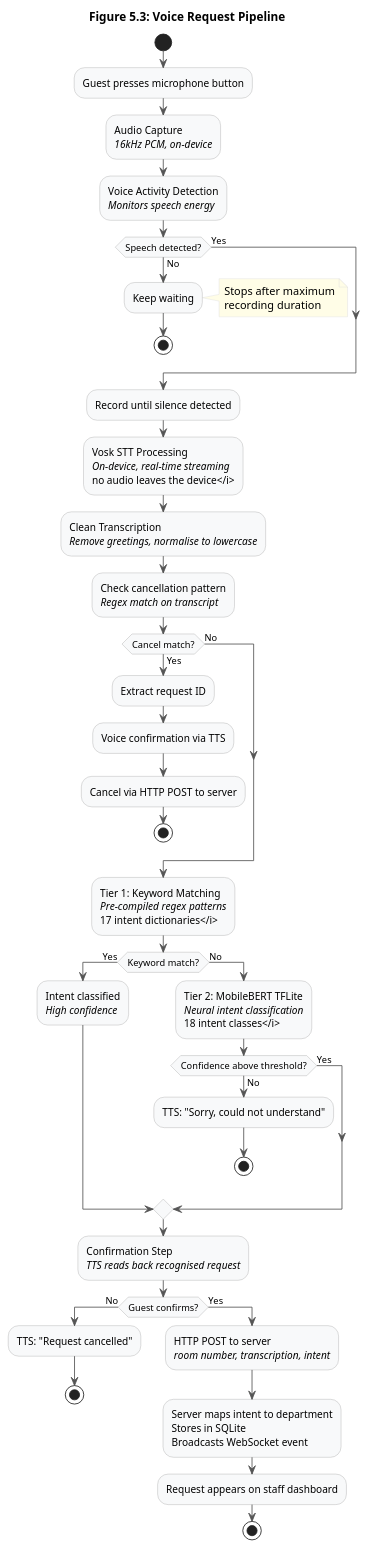
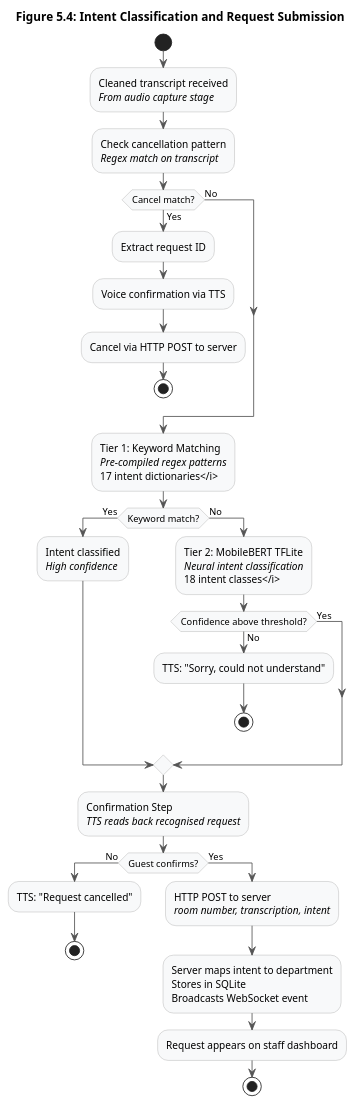
One commit to mdpw/msc-research changed the second of 3 diagrams in documents/chapters/CHAPTER_5_ANALYSIS.md. Above: the diagram before and after it, drawn with PlantUML. The commit also changed other lines of this file and 5 other files, not shown here.

````diff
--- a/documents/chapters/CHAPTER_5_ANALYSIS.md
+++ b/documents/chapters/CHAPTER_5_ANALYSIS.md
@@ -89,71 +142,54 @@
 ```plantuml
 @startuml
 skinparam backgroundColor #FFFFFF
 skinparam activityBackgroundColor #F8F9FA
 skinparam activityBorderColor #AAAAAA
 skinparam arrowColor #555555
 skinparam diamondBackgroundColor #FFF9E6
 skinparam diamondBorderColor #AAAAAA
 skinparam noteBackgroundColor #FFFDE7
 skinparam noteBorderColor #DDDDDD
 
-title Figure 5.3: Voice Request Pipeline
+title Figure 5.4: Intent Classification and Request Submission
 
 start
 
-:Guest presses microphone button;
-
-:Audio Capture\n<i>16kHz PCM, on-device</i>;
-
-:Voice Activity Detection\n<i>Monitors speech energy</i>;
-
-if (Speech detected?) then (No)
-  :Keep waiting;
-  note right: Stops after maximum\nrecording duration
-  stop
-else (Yes)
-endif
-
-:Record until silence detected;
-
-:Vosk STT Processing\n<i>On-device, real-time streaming\nno audio leaves the device</i>;
-
-:Clean Transcription\n<i>Remove greetings, normalise to lowercase</i>;
+:Cleaned transcript received\n<i>From audio capture stage</i>;
 
 :Check cancellation pattern\n<i>Regex match on transcript</i>;
 
 if (Cancel match?) then (Yes)
   :Extract request ID;
   :Voice confirmation via TTS;
   :Cancel via HTTP POST to server;
   stop
 else (No)
 endif
 
 :Tier 1: Keyword Matching\n<i>Pre-compiled regex patterns\n17 intent dictionaries</i>;
 
 if (Keyword match?) then (Yes)
   :Intent classified\n<i>High confidence</i>;
 else (No)
   :Tier 2: MobileBERT TFLite\n<i>Neural intent classification\n18 intent classes</i>;
   if (Confidence above threshold?) then (No)
     :TTS: "Sorry, could not understand";
     stop
   else (Yes)
   endif
 endif
 
 :Confirmation Step\n<i>TTS reads back recognised request</i>;
 
 if (Guest confirms?) then (No)
   :TTS: "Request cancelled";
   stop
 else (Yes)
   :HTTP POST to server\n<i>room number, transcription, intent</i>;
   :Server maps intent to department\nStores in SQLite\nBroadcasts WebSocket event;
   :Request appears on staff dashboard;
   stop
 endif
 
 @enduml
 ```
````
